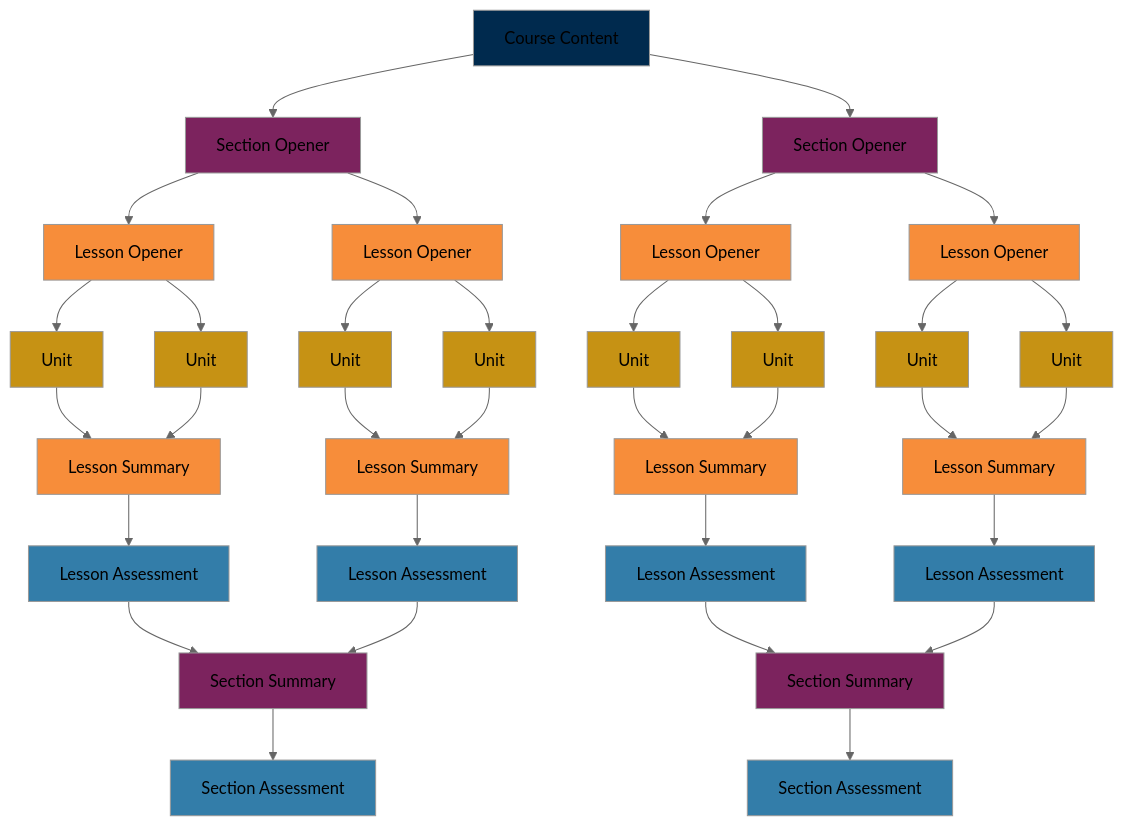
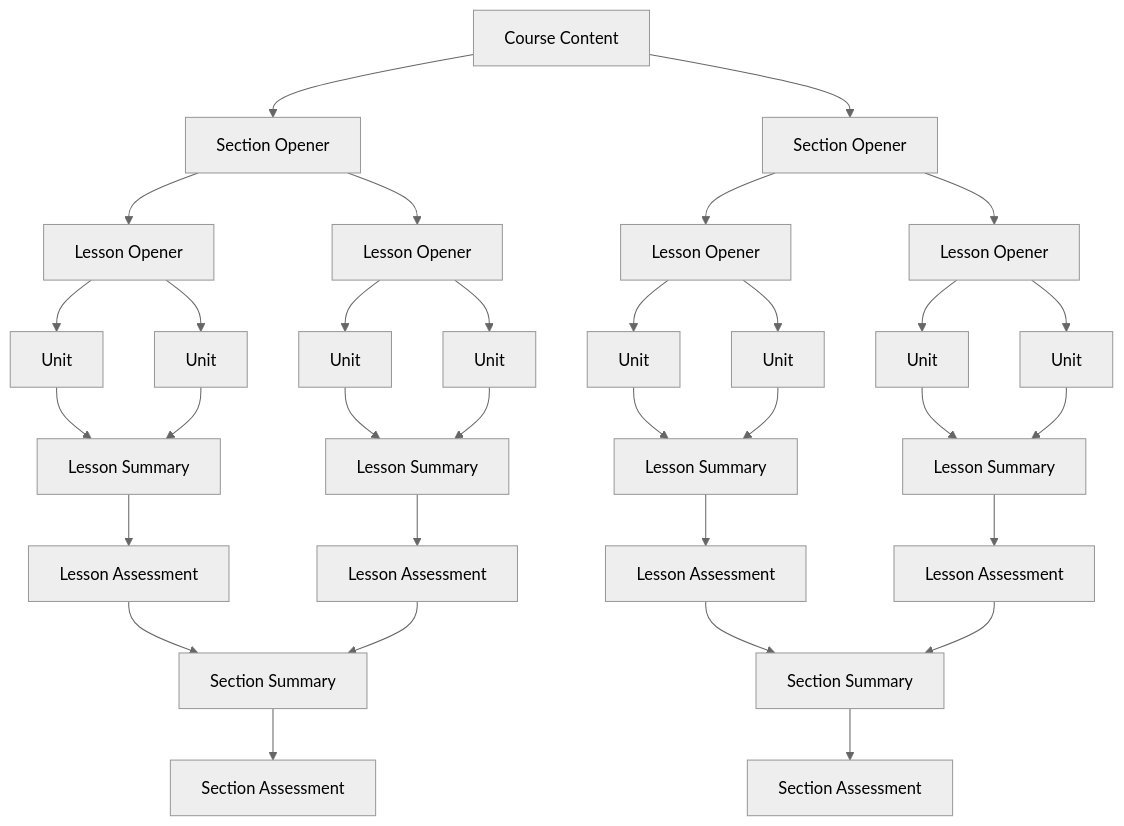
Before and after one commit to Standards-and-Practices/Structured-Rapid-Development: the diagram in README.md, drawn with Mermaid (neutral theme).

Commit message:
Add colors to scheme.

````diff
--- a/README.md
+++ b/README.md
@@ -82,75 +82,75 @@
 ```mermaid 
 graph TD
 CC[Course Content]:::CC
 SO01[Section Opener]:::SO
 LO01[Lesson Opener]:::LO
 LO02[Lesson Opener]:::LO
 U01[Unit]:::U
 U02[Unit]:::U
 U03[Unit]:::U
 U04[Unit]:::U
 LS01[Lesson Summary]:::LS
 LS02[Lesson Summary]:::LS
 LA01[Lesson Assessment]:::LA
 LA02[Lesson Assessment]:::LA
 SS01[Section Summary]:::SS
 SA01[Section Assessment]:::SA
 CC --> SO01
 SO01 --> LO01
 SO01 --> LO02
 LO01 --> U01
 LO01 --> U02
 LO02 --> U03
 LO02 --> U04
 U01 --> LS01
 U02 --> LS01
 U03 --> LS02
 U04 --> LS02
 LS01 --> LA01
 LS02 --> LA02
 LA01 --> SS01
 LA02 --> SS01
 SS01 --> SA01
 
 
 SO02[Section Opener]:::SO
 LO03[Lesson Opener]:::LO
 LO04[Lesson Opener]:::LO
 U05[Unit]:::U
 U06[Unit]:::U
 U07[Unit]:::U
 U08[Unit]:::U
 LS03[Lesson Summary]:::LS
 LS04[Lesson Summary]:::LS
 LA03[Lesson Assessment]:::LA
 LA04[Lesson Assessment]:::LA
 SS02[Section Summary]:::SS
 SA02[Section Assessment]:::SA
 CC --> SO02
 SO02 --> LO03
 SO02 --> LO04
 LO03 --> U05
 LO03 --> U06
 LO04 --> U07
 LO04 --> U08
 U05 --> LS03
 U06 --> LS03
 U07 --> LS04
 U08 --> LS04
 LS03 --> LA03
 LS04 --> LA04
 LA03 --> SS02
 LA04 --> SS02
 SS02 --> SA02
 
-classDef CC fill:#002A4E;
-classDef SO fill:#7C235E;
-classDef LO fill:#F78D3A;
-classDef U fill:#C69214;
-classDef LS fill:#F78D3A;
-classDef LA fill:#337DA9;
-classDef SS fill:#7C235E;
-classDef SA fill:#337DA9;
+classDef CC fill:#002A4E color:#ffffff;
+classDef SO fill:#7C235E color:#ffffff;
+classDef LO fill:#F78D3A color:#ffffff;
+classDef U fill:#C69214 color:#ffffff;
+classDef LS fill:#F78D3A color:#ffffff;
+classDef LA fill:#337DA9 color:#ffffff;
+classDef SS fill:#7C235E color:#ffffff;
+classDef SA fill:#337DA9 color:#ffffff;
 
 
 ```
````
